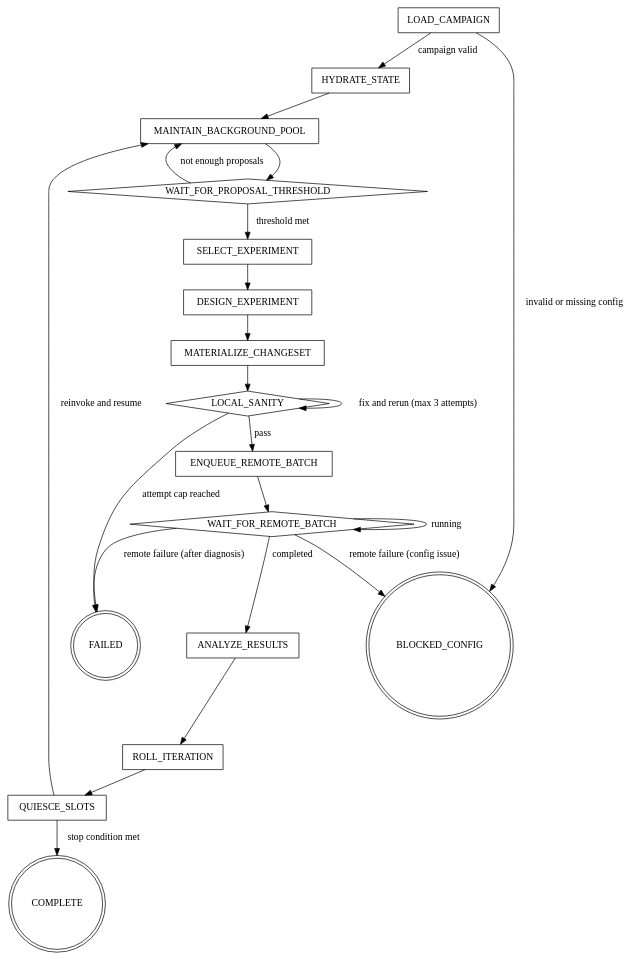
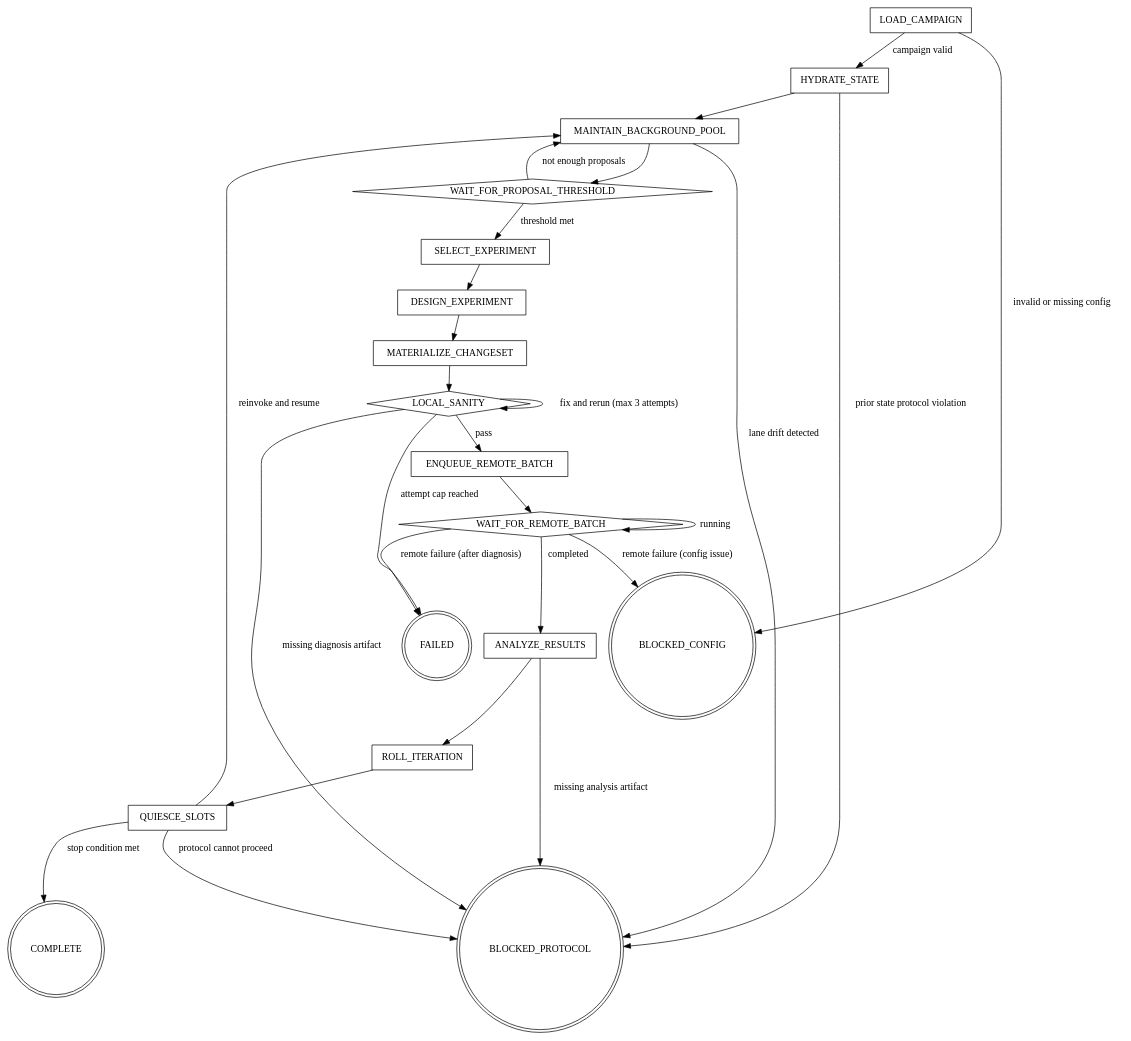
Before and after one commit to jc1122/ml-metaoptimization: the diagram in SKILL.md, drawn with Graphviz. The commit also changed other lines of this file and 7 other files, not shown here.

First line of the commit message:
docs+tests: align contract docs with BLOCKED_PROTOCOL guardrails

````diff
--- a/SKILL.md
+++ b/SKILL.md
@@ -137,42 +140,48 @@
 ```dot
 digraph machine {
     "LOAD_CAMPAIGN" [shape=box];
     "HYDRATE_STATE" [shape=box];
     "MAINTAIN_BACKGROUND_POOL" [shape=box];
     "WAIT_FOR_PROPOSAL_THRESHOLD" [shape=diamond];
     "SELECT_EXPERIMENT" [shape=box];
     "DESIGN_EXPERIMENT" [shape=box];
     "MATERIALIZE_CHANGESET" [shape=box];
     "LOCAL_SANITY" [shape=diamond];
     "ENQUEUE_REMOTE_BATCH" [shape=box];
     "WAIT_FOR_REMOTE_BATCH" [shape=diamond];
     "ANALYZE_RESULTS" [shape=box];
     "ROLL_ITERATION" [shape=box];
     "QUIESCE_SLOTS" [shape=box];
     "COMPLETE" [shape=doublecircle];
     "BLOCKED_CONFIG" [shape=doublecircle];
+    "BLOCKED_PROTOCOL" [shape=doublecircle];
     "FAILED" [shape=doublecircle];
 
     "LOAD_CAMPAIGN" -> "BLOCKED_CONFIG" [label="invalid or missing config"];
     "LOAD_CAMPAIGN" -> "HYDRATE_STATE" [label="campaign valid"];
     "HYDRATE_STATE" -> "MAINTAIN_BACKGROUND_POOL";
+    "HYDRATE_STATE" -> "BLOCKED_PROTOCOL" [label="prior state protocol violation"];
     "MAINTAIN_BACKGROUND_POOL" -> "WAIT_FOR_PROPOSAL_THRESHOLD";
+    "MAINTAIN_BACKGROUND_POOL" -> "BLOCKED_PROTOCOL" [label="lane drift detected"];
     "WAIT_FOR_PROPOSAL_THRESHOLD" -> "MAINTAIN_BACKGROUND_POOL" [label="not enough proposals"];
     "WAIT_FOR_PROPOSAL_THRESHOLD" -> "SELECT_EXPERIMENT" [label="threshold met"];
     "SELECT_EXPERIMENT" -> "DESIGN_EXPERIMENT";
     "DESIGN_EXPERIMENT" -> "MATERIALIZE_CHANGESET";
     "MATERIALIZE_CHANGESET" -> "LOCAL_SANITY";
     "LOCAL_SANITY" -> "LOCAL_SANITY" [label="fix and rerun (max 3 attempts)"];
     "LOCAL_SANITY" -> "FAILED" [label="attempt cap reached"];
+    "LOCAL_SANITY" -> "BLOCKED_PROTOCOL" [label="missing diagnosis artifact"];
     "LOCAL_SANITY" -> "ENQUEUE_REMOTE_BATCH" [label="pass"];
     "ENQUEUE_REMOTE_BATCH" -> "WAIT_FOR_REMOTE_BATCH";
     "WAIT_FOR_REMOTE_BATCH" -> "WAIT_FOR_REMOTE_BATCH" [label="running"];
     "WAIT_FOR_REMOTE_BATCH" -> "ANALYZE_RESULTS" [label="completed"];
     "WAIT_FOR_REMOTE_BATCH" -> "FAILED" [label="remote failure (after diagnosis)"];
     "WAIT_FOR_REMOTE_BATCH" -> "BLOCKED_CONFIG" [label="remote failure (config issue)"];
+    "ANALYZE_RESULTS" -> "BLOCKED_PROTOCOL" [label="missing analysis artifact"];
     "ANALYZE_RESULTS" -> "ROLL_ITERATION";
     "ROLL_ITERATION" -> "QUIESCE_SLOTS";
     "QUIESCE_SLOTS" -> "COMPLETE" [label="stop condition met"];
+    "QUIESCE_SLOTS" -> "BLOCKED_PROTOCOL" [label="protocol cannot proceed"];
     "QUIESCE_SLOTS" -> "MAINTAIN_BACKGROUND_POOL" [label="reinvoke and resume"];
 }
 ```
````
